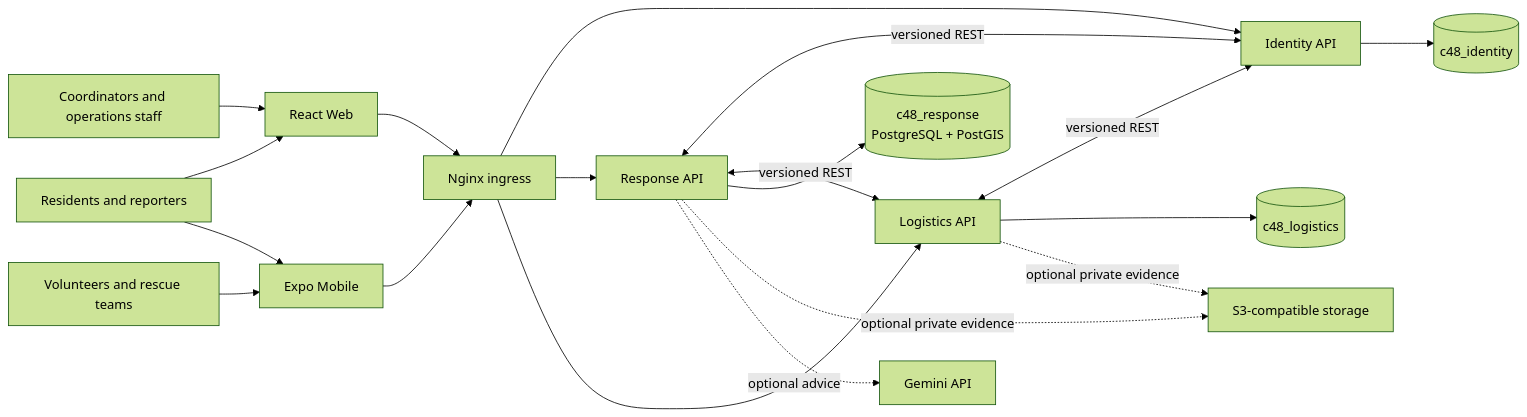
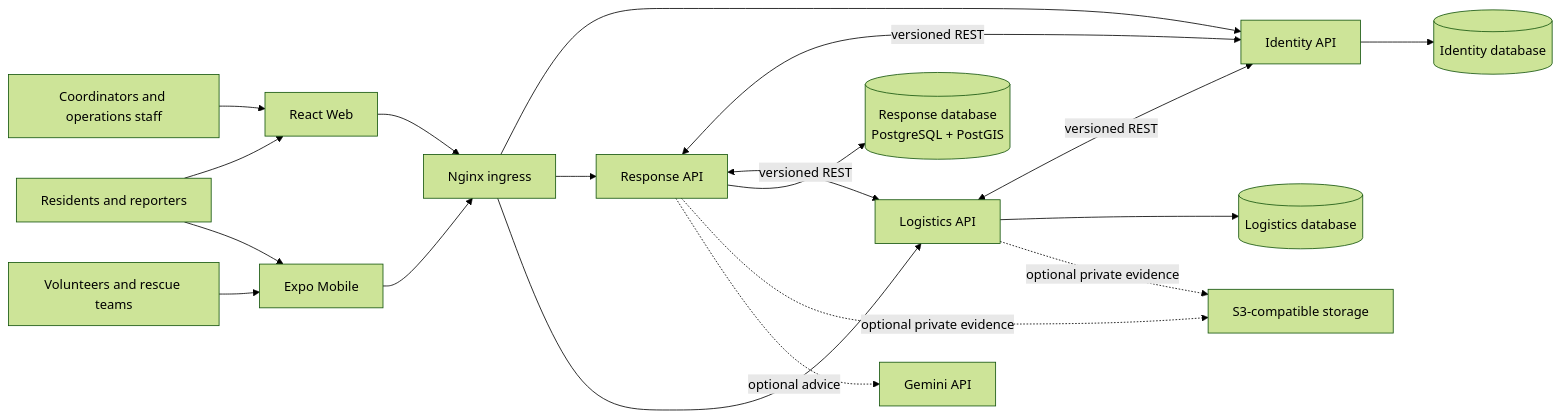
Before and after one commit to sangvirgo/disaster-relief-management: the diagram in README.md, drawn with Mermaid (forest theme). The commit also changed other lines of this file, not shown here.

````diff
--- a/README.md
+++ b/README.md
@@ -89,21 +82,21 @@
 ```mermaid
 flowchart LR
   Citizen[Residents and reporters] --> Web[React Web]
   Team[Volunteers and rescue teams] --> Mobile[Expo Mobile]
   Coordinator[Coordinators and operations staff] --> Web
   Citizen --> Mobile
   Web --> Gateway[Nginx ingress]
   Mobile --> Gateway
   Gateway --> Identity[Identity API]
   Gateway --> Response[Response API]
   Gateway --> Logistics[Logistics API]
   Response <-->|versioned REST| Identity
   Logistics <-->|versioned REST| Identity
   Response <-->|versioned REST| Logistics
-  Identity --> IdentityDB[(c48_identity)]
-  Response --> ResponseDB[(c48_response<br/>PostgreSQL + PostGIS)]
-  Logistics --> LogisticsDB[(c48_logistics)]
+  Identity --> IdentityDB[(Identity database)]
+  Response --> ResponseDB[(Response database<br/>PostgreSQL + PostGIS)]
+  Logistics --> LogisticsDB[(Logistics database)]
   Response -. optional private evidence .-> Storage[S3-compatible storage]
   Logistics -. optional private evidence .-> Storage
   Response -. optional advice .-> AI[Gemini API]
 ```
````
